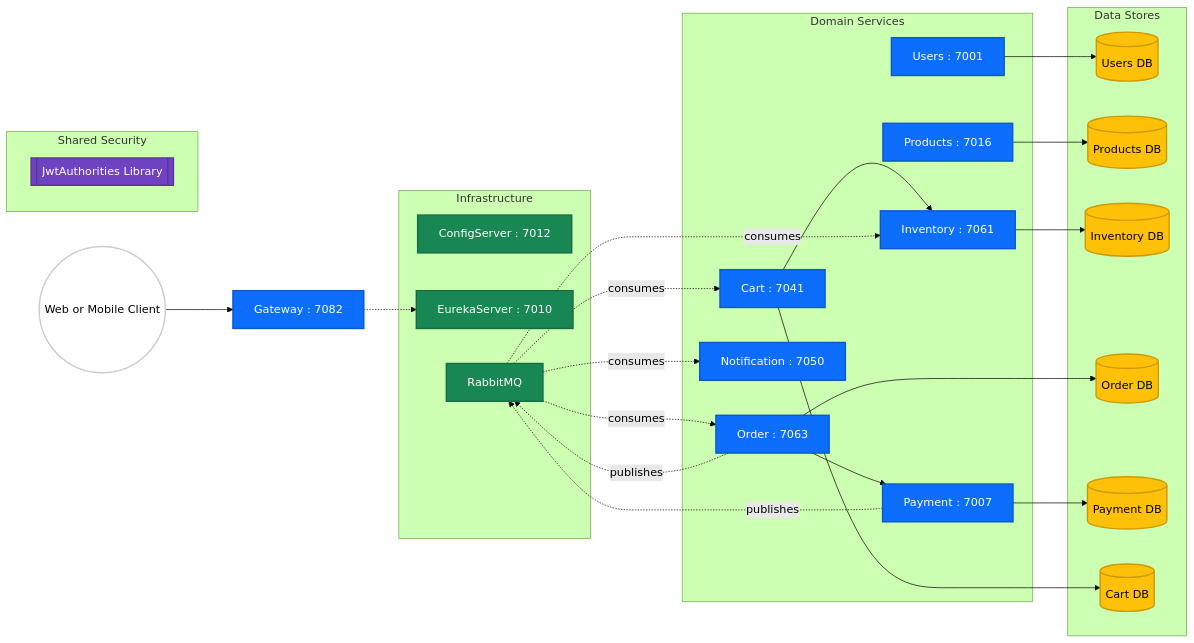
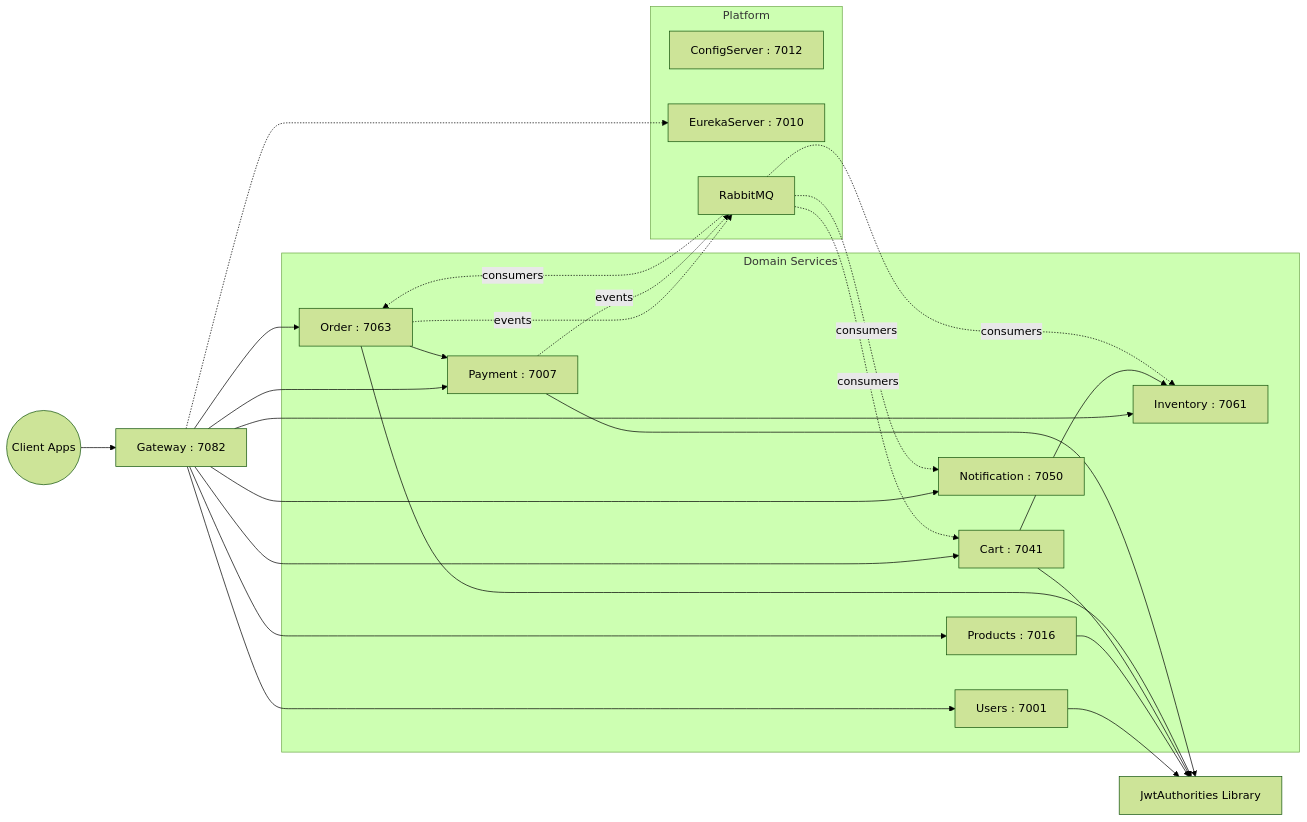
Before and after one commit to saMM7111/shopsphere-microservices: the diagram in README.md, drawn with Mermaid (forest theme). The commit also changed other lines of this file, not shown here.

Commit message:
docs: rewrite README for senior-engineer audience with architecture and roadmap

````diff
--- a/README.md
+++ b/README.md
@@ -18,63 +25,47 @@
 ```mermaid
 graph LR
-	classDef business fill:#0d6efd,color:#fff,stroke:#0a58ca,stroke-width:2px;
-	classDef infra fill:#198754,color:#fff,stroke:#146c43,stroke-width:2px;
-	classDef data fill:#ffc107,color:#000,stroke:#cc9a06,stroke-width:2px;
-	classDef shared fill:#6f42c1,color:#fff,stroke:#59339d,stroke-width:2px;
-	classDef external fill:#ffffff,color:#000,stroke:#cccccc,stroke-width:2px;
+    Client((Client Apps)) --> Gateway[Gateway : 7082]
 
-	Client((Web or Mobile Client)) --> Gateway[Gateway : 7082]
-	class Client external
-	class Gateway business
+    subgraph Platform
+        Config[ConfigServer : 7012]
+        Eureka[EurekaServer : 7010]
+        Broker[RabbitMQ]
+    end
 
-	subgraph Infrastructure
-		Config[ConfigServer : 7012]
-		Eureka[EurekaServer : 7010]
-		Rabbit[RabbitMQ]
-	end
-	class Config,Eureka,Rabbit infra
+    subgraph Domain Services
+        Users[Users : 7001]
+        Products[Products : 7016]
+        Inventory[Inventory : 7061]
+        Cart[Cart : 7041]
+        Order[Order : 7063]
+        Payment[Payment : 7007]
+        Notification[Notification : 7050]
+    end
 
-	subgraph Domain Services
-		Users[Users : 7001]
-		Products[Products : 7016]
-		Inventory[Inventory : 7061]
-		Cart[Cart : 7041]
-		Order[Order : 7063]
-		Payment[Payment : 7007]
-		Notification[Notification : 7050]
-	end
-	class Users,Products,Inventory,Cart,Order,Payment,Notification business
+    Shared[JwtAuthorities Library]
 
-	subgraph Data Stores
-		UsersDB[(Users DB)]
-		ProductsDB[(Products DB)]
-		InventoryDB[(Inventory DB)]
-		OrderDB[(Order DB)]
-		PaymentDB[(Payment DB)]
-		CartDB[(Cart DB)]
-	end
-	class UsersDB,ProductsDB,InventoryDB,OrderDB,PaymentDB,CartDB data
+    Gateway -.-> Eureka
+    Gateway --> Users
+    Gateway --> Products
+    Gateway --> Inventory
+    Gateway --> Cart
+    Gateway --> Order
+    Gateway --> Payment
+    Gateway --> Notification
 
-	subgraph Shared Security
-		JWT[[JwtAuthorities Library]]
-	end
-	class JWT shared
+    Order --> Payment
+    Cart --> Inventory
 
-	Gateway -.-> Eureka
-	Order --> Payment
-	Cart --> Inventory
+    Order -. events .-> Broker
+    Payment -. events .-> Broker
+    Broker -. consumers .-> Notification
+    Broker -. consumers .-> Order
+    Broker -. consumers .-> Inventory
+    Broker -. consumers .-> Cart
 
-	Order -. publishes .-> Rabbit
-	Payment -. publishes .-> Rabbit
-	Rabbit -. consumes .-> Notification
-	Rabbit -. consumes .-> Order
-	Rabbit -. consumes .-> Inventory
-	Rabbit -. consumes .-> Cart
-
-	Users --> UsersDB
-	Products --> ProductsDB
-	Inventory --> InventoryDB
-	Cart --> CartDB
-	Order --> OrderDB
-	Payment --> PaymentDB
+    Users --> Shared
+    Products --> Shared
+    Cart --> Shared
+    Order --> Shared
+    Payment --> Shared
 ```
````
